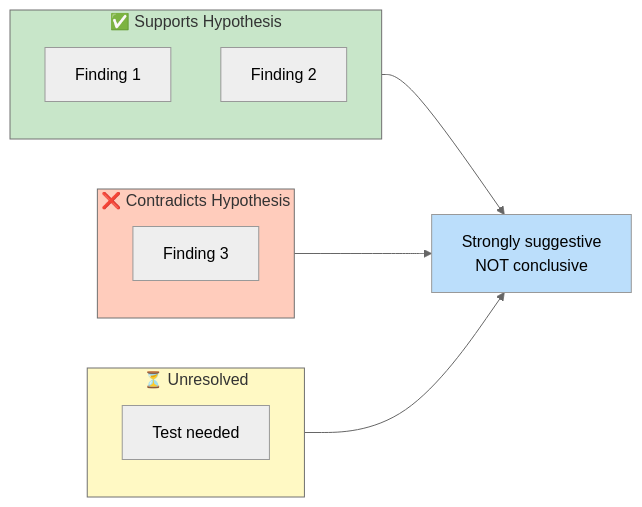
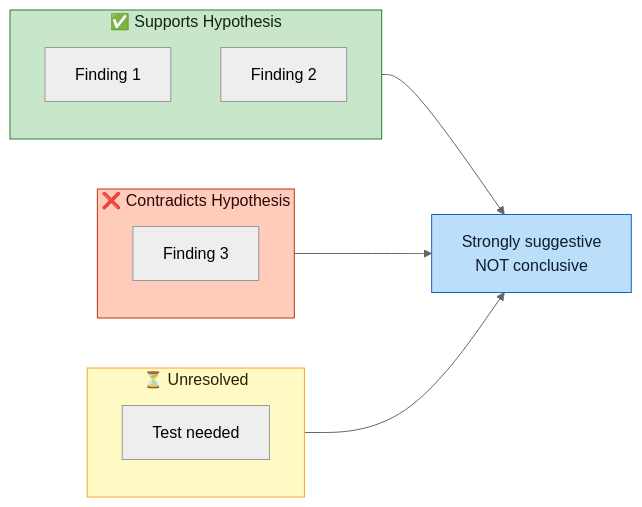
Before and after one commit to zcopley/copley-family-research: the sixth of 10 diagrams in MERMAID_DIAGRAM_GUIDE.md, drawn with Mermaid (neutral theme). The commit also changed other lines of this file and 14 other files, not shown here.

Commit message:
Enforce Mermaid diagram contrast

````diff
--- a/MERMAID_DIAGRAM_GUIDE.md
+++ b/MERMAID_DIAGRAM_GUIDE.md
@@ -182,24 +196,24 @@
 ```mermaid
 graph LR
     subgraph FOR["✅ Supports Hypothesis"]
         E1["Finding 1"]
         E2["Finding 2"]
     end
     
     subgraph AGAINST["❌ Contradicts Hypothesis"]
         E3["Finding 3"]
     end
     
     subgraph PENDING["⏳ Unresolved"]
         E4["Test needed"]
     end
     
     FOR --> VERDICT["Strongly suggestive<br/>NOT conclusive"]
     AGAINST --> VERDICT
     PENDING --> VERDICT
     
-    style FOR fill:#c8e6c9
-    style AGAINST fill:#ffccbc
-    style PENDING fill:#fff9c4
-    style VERDICT fill:#bbdefb
+    style FOR fill:#c8e6c9,stroke:#2e7d32,color:#102411
+    style AGAINST fill:#ffccbc,stroke:#bf360c,color:#2b0707
+    style PENDING fill:#fff9c4,stroke:#f9a825,color:#2a2100
+    style VERDICT fill:#bbdefb,stroke:#1565c0,color:#0d1b2a
 ```
````
